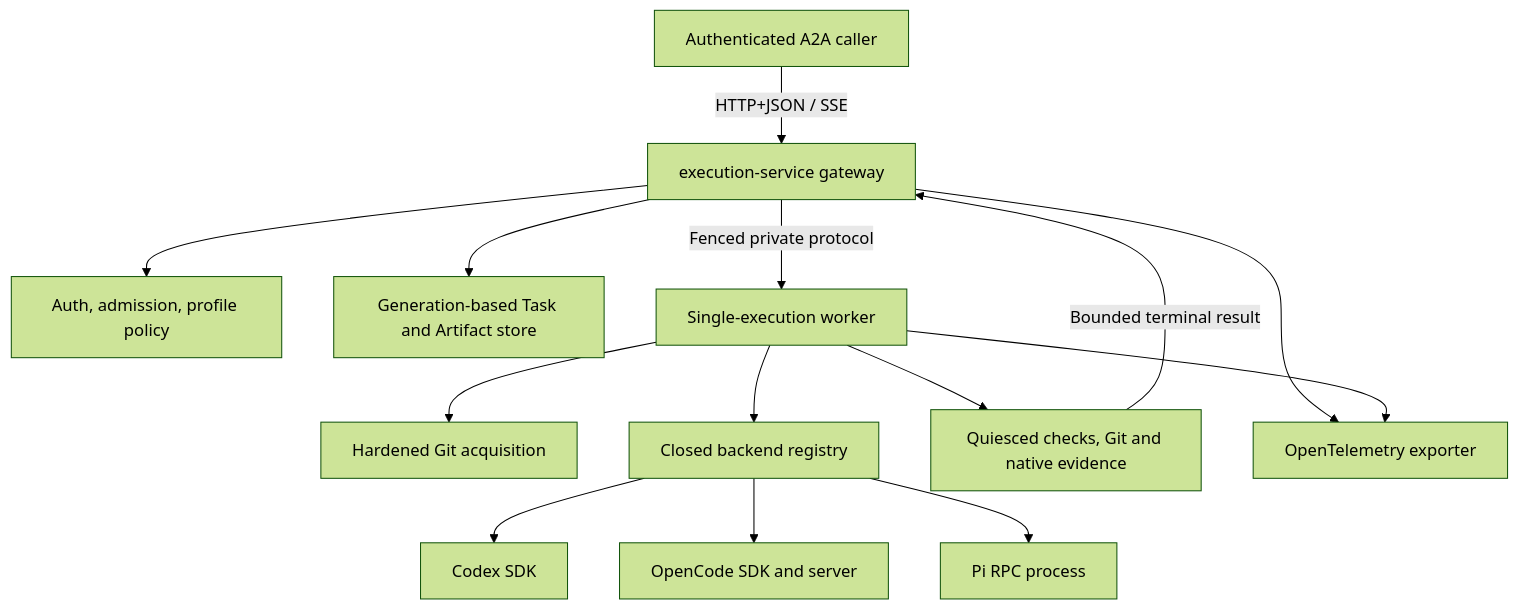
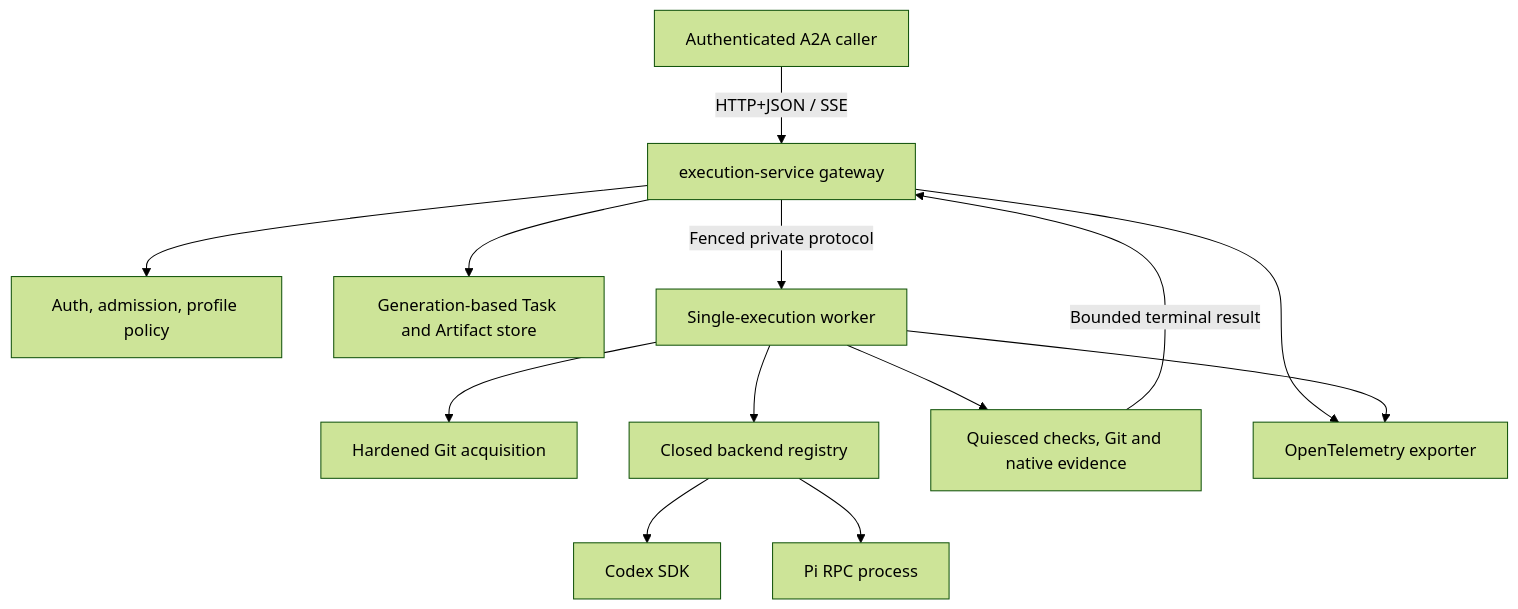
One commit to EntityProcess/allagents changed the first of 4 diagrams in docs/plans/2026-09-18-0837-feat-coding-execution-gateway-plan.md. Above: the diagram before and after it, drawn with Mermaid (forest theme). The commit also changed other lines of this file and 1 other file, not shown here.

Commit message:
docs(architecture): refine execution gateway scope

````diff
--- a/docs/plans/2026-09-18-0837-feat-coding-execution-gateway-plan.md
+++ b/docs/plans/2026-09-18-0837-feat-coding-execution-gateway-plan.md
@@ -210,16 +218,15 @@
 ```mermaid
 flowchart TB
   Caller[Authenticated A2A caller] -->|HTTP+JSON / SSE| Gateway[execution-service gateway]
   Gateway --> Auth[Auth, admission, profile policy]
   Gateway --> Store[Generation-based Task and Artifact store]
   Gateway -->|Fenced private protocol| Worker[Single-execution worker]
   Worker --> Source[Hardened Git acquisition]
   Worker --> Registry[Closed backend registry]
   Registry --> Codex[Codex SDK]
-  Registry --> OpenCode[OpenCode SDK and server]
   Registry --> Pi[Pi RPC process]
   Worker --> Evidence[Quiesced checks, Git and native evidence]
   Evidence -->|Bounded terminal result| Gateway
   Gateway --> Telemetry[OpenTelemetry exporter]
   Worker --> Telemetry
 ```
````
